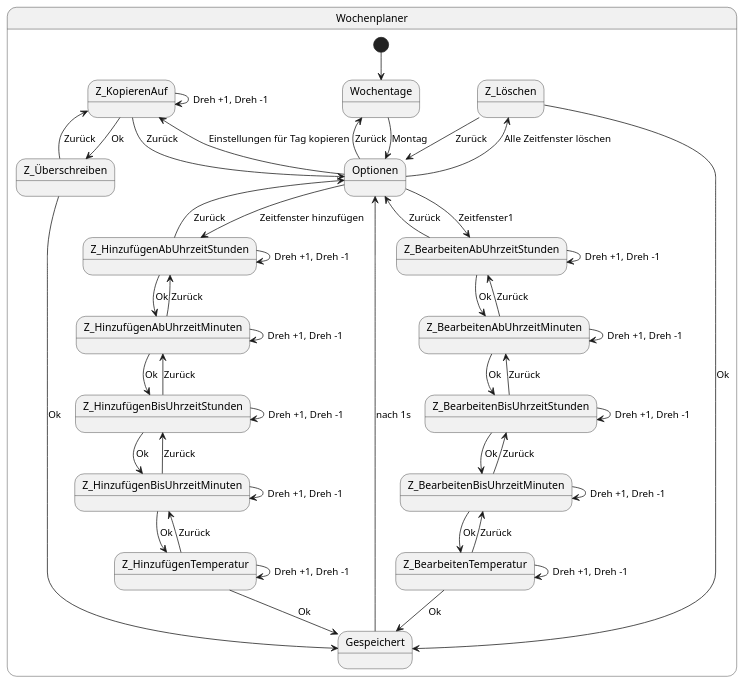
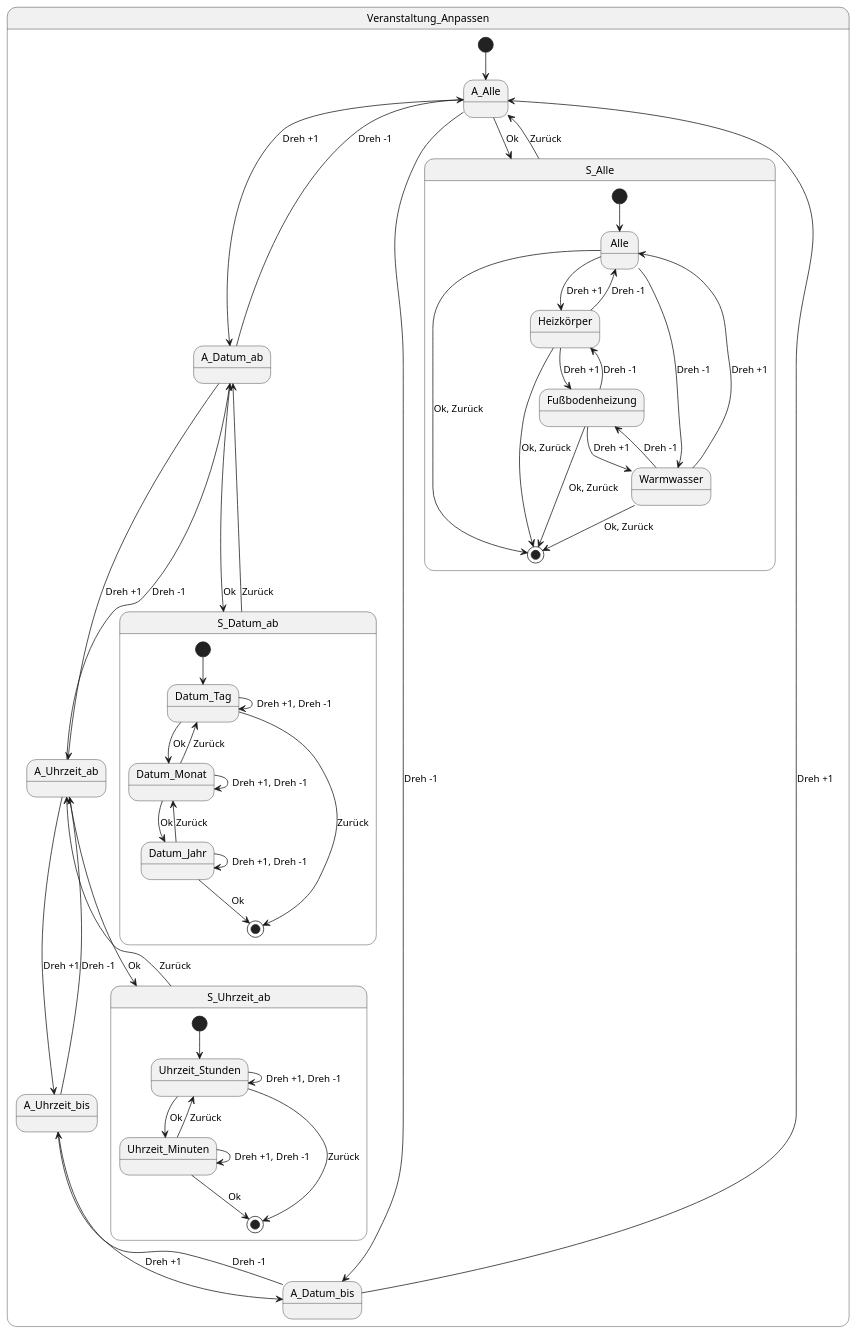
The first of 2 diagrams in Mensch-Maschine-Schnittstelle/Interface A.md (thieleju/studium), drawn with PlantUML before and after one commit. The commit also changed other lines of this file, not shown here.

Commit message:
Updated MMS plantuml diagram

```diff
--- a/Mensch-Maschine-Schnittstelle/Interface A.md
+++ b/Mensch-Maschine-Schnittstelle/Interface A.md
@@ -1,64 +1,77 @@
 @startuml
 top to bottom direction
 
-state Wochenplaner {
-  [*] --> Wochentage
-  Wochentage -d-> Optionen : Montag
-  Optionen -u-> Wochentage : Zurück
-  Optionen --> Z_BearbeitenAbUhrzeitStunden : Zeitfenster1
-  Z_BearbeitenAbUhrzeitStunden --> Optionen : Zurück
-  Z_BearbeitenAbUhrzeitStunden --> Z_BearbeitenAbUhrzeitMinuten : Ok
-  Z_BearbeitenAbUhrzeitStunden --> Z_BearbeitenAbUhrzeitStunden : Dreh +1, Dreh -1
+state Veranstaltung_Anpassen {
+  [*] --> A_Alle
+  A_Alle --> A_Datum_ab : Dreh +1
+  A_Datum_ab --> A_Alle : Dreh -1
 
-  Z_BearbeitenAbUhrzeitMinuten --> Z_BearbeitenAbUhrzeitStunden : Zurück
-  Z_BearbeitenAbUhrzeitMinuten --> Z_BearbeitenBisUhrzeitStunden : Ok
-  Z_BearbeitenAbUhrzeitMinuten --> Z_BearbeitenAbUhrzeitMinuten : Dreh +1, Dreh -1
+  A_Datum_ab --> A_Uhrzeit_ab : Dreh +1
+  A_Uhrzeit_ab --> A_Datum_ab : Dreh -1
 
-  Z_BearbeitenBisUhrzeitStunden --> Z_BearbeitenAbUhrzeitMinuten : Zurück
-  Z_BearbeitenBisUhrzeitStunden --> Z_BearbeitenBisUhrzeitMinuten : Ok
-  Z_BearbeitenBisUhrzeitStunden --> Z_BearbeitenBisUhrzeitStunden : Dreh +1, Dreh -1
+  A_Uhrzeit_ab --> A_Uhrzeit_bis : Dreh +1
+  A_Uhrzeit_bis --> A_Uhrzeit_ab : Dreh -1
 
-  Z_BearbeitenBisUhrzeitMinuten --> Z_BearbeitenBisUhrzeitStunden : Zurück
-  Z_BearbeitenBisUhrzeitMinuten --> Z_BearbeitenTemperatur : Ok
-  Z_BearbeitenBisUhrzeitMinuten --> Z_BearbeitenBisUhrzeitMinuten : Dreh +1, Dreh -1
+  A_Uhrzeit_bis --> A_Datum_bis : Dreh +1
+  A_Datum_bis --> A_Uhrzeit_bis : Dreh -1
 
-  Z_BearbeitenTemperatur --> Z_BearbeitenBisUhrzeitMinuten : Zurück
-  Z_BearbeitenTemperatur --> Z_BearbeitenTemperatur : Dreh +1, Dreh -1
-  Z_BearbeitenTemperatur --> Gespeichert : Ok
+  A_Datum_bis --> A_Alle : Dreh +1
+  A_Alle --> A_Datum_bis : Dreh -1
 
-  Optionen --> Z_HinzufügenAbUhrzeitStunden : Zeitfenster hinzufügen
-  Z_HinzufügenAbUhrzeitStunden --> Optionen : Zurück
-  Z_HinzufügenAbUhrzeitStunden --> Z_HinzufügenAbUhrzeitMinuten : Ok
-  Z_HinzufügenAbUhrzeitStunden --> Z_HinzufügenAbUhrzeitStunden : Dreh +1, Dreh -1
+  A_Alle --> S_Alle : Ok
+  S_Alle --> A_Alle : Zurück
 
-  Z_HinzufügenAbUhrzeitMinuten --> Z_HinzufügenAbUhrzeitStunden : Zurück
-  Z_HinzufügenAbUhrzeitMinuten --> Z_HinzufügenBisUhrzeitStunden : Ok
-  Z_HinzufügenAbUhrzeitMinuten --> Z_HinzufügenAbUhrzeitMinuten : Dreh +1, Dreh -1
+  state S_Alle {
+    [*] --> Alle
+    Alle --> Heizkörper : Dreh +1
+    Heizkörper --> Alle : Dreh -1
 
-  Z_HinzufügenBisUhrzeitStunden --> Z_HinzufügenAbUhrzeitMinuten : Zurück
-  Z_HinzufügenBisUhrzeitStunden --> Z_HinzufügenBisUhrzeitMinuten : Ok
-  Z_HinzufügenBisUhrzeitStunden --> Z_HinzufügenBisUhrzeitStunden : Dreh +1, Dreh -1
+    Heizkörper --> Fußbodenheizung : Dreh +1
+    Fußbodenheizung --> Heizkörper : Dreh -1
 
-  Z_HinzufügenBisUhrzeitMinuten --> Z_HinzufügenBisUhrzeitStunden : Zurück
-  Z_HinzufügenBisUhrzeitMinuten --> Z_HinzufügenTemperatur : Ok
-  Z_HinzufügenBisUhrzeitMinuten --> Z_HinzufügenBisUhrzeitMinuten : Dreh +1, Dreh -1
+    Fußbodenheizung --> Warmwasser : Dreh +1
+    Warmwasser --> Fußbodenheizung : Dreh -1
 
-  Z_HinzufügenTemperatur --> Z_HinzufügenBisUhrzeitMinuten : Zurück
-  Z_HinzufügenTemperatur --> Z_HinzufügenTemperatur : Dreh +1, Dreh -1
-  Z_HinzufügenTemperatur --> Gespeichert : Ok
+    Warmwasser --> Alle : Dreh +1
+    Alle --> Warmwasser : Dreh -1
 
-  Optionen -u-> Z_Löschen : Alle Zeitfenster löschen
-  Z_Löschen -d-> Optionen : Zurück
-  Z_Löschen --> Gespeichert : Ok
+    Alle --> [*] : Ok, Zurück
+    Heizkörper --> [*] : Ok, Zurück
+    Fußbodenheizung --> [*] : Ok, Zurück
+    Warmwasser --> [*] : Ok, Zurück
+  }
 
-  Optionen -u-> Z_KopierenAuf: Einstellungen für Tag kopieren
-  Z_KopierenAuf -d-> Optionen : Zurück
-  Z_KopierenAuf --> Z_KopierenAuf : Dreh +1, Dreh -1
-  Z_KopierenAuf --> Z_Überschreiben : Ok
-  Z_Überschreiben --> Z_KopierenAuf : Zurück
-  Z_Überschreiben --> Gespeichert : Ok
-  Gespeichert --> Optionen : nach 1s
-  
+  A_Datum_ab --> S_Datum_ab : Ok
+  S_Datum_ab --> A_Datum_ab : Zurück
+
+  state S_Datum_ab {
+    [*] --> Datum_Tag
+    Datum_Tag --> Datum_Tag : Dreh +1, Dreh -1
+    Datum_Tag --> Datum_Monat : Ok
+    Datum_Monat --> Datum_Tag : Zurück
+    Datum_Monat --> Datum_Monat : Dreh +1, Dreh -1
+    Datum_Monat --> Datum_Jahr : Ok
+    Datum_Jahr --> Datum_Monat : Zurück
+    Datum_Jahr --> Datum_Jahr : Dreh +1, Dreh -1
+    Datum_Jahr --> [*] : Ok
+    Datum_Tag --> [*] : Zurück
+  }
+
+  A_Uhrzeit_ab --> S_Uhrzeit_ab : Ok
+  S_Uhrzeit_ab --> A_Uhrzeit_ab : Zurück
+
+  state S_Uhrzeit_ab {
+    [*] --> Uhrzeit_Stunden
+    Uhrzeit_Stunden --> Uhrzeit_Stunden : Dreh +1, Dreh -1
+    Uhrzeit_Stunden --> Uhrzeit_Minuten : Ok
+    Uhrzeit_Minuten --> Uhrzeit_Stunden : Zurück
+    Uhrzeit_Minuten --> Uhrzeit_Minuten : Dreh +1, Dreh -1
+    Uhrzeit_Minuten --> [*] : Ok
+    Uhrzeit_Stunden --> [*] : Zurück
+  }
+
+
+
 }
 
 @enduml
```
